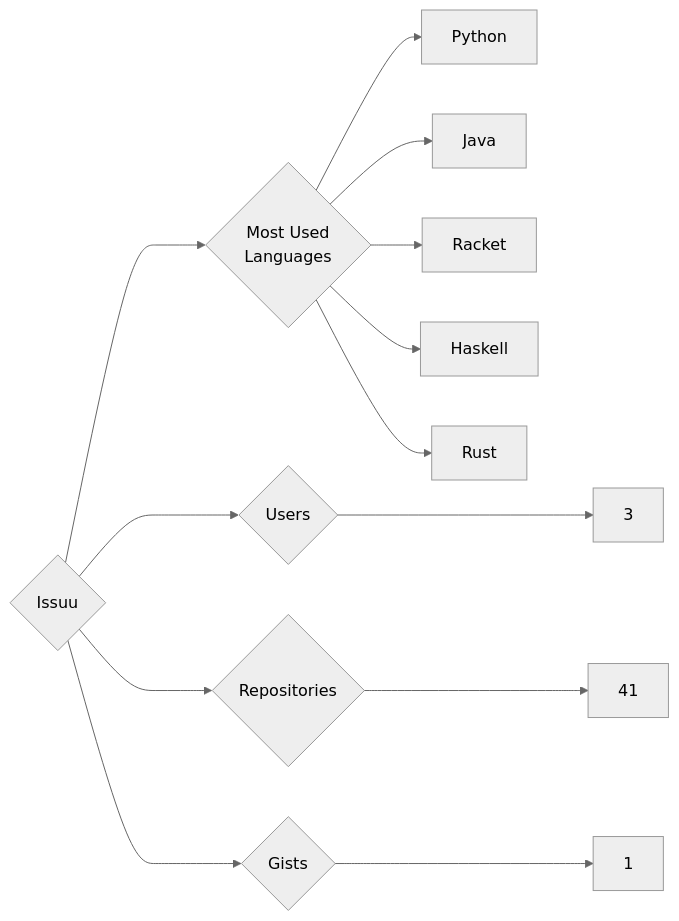
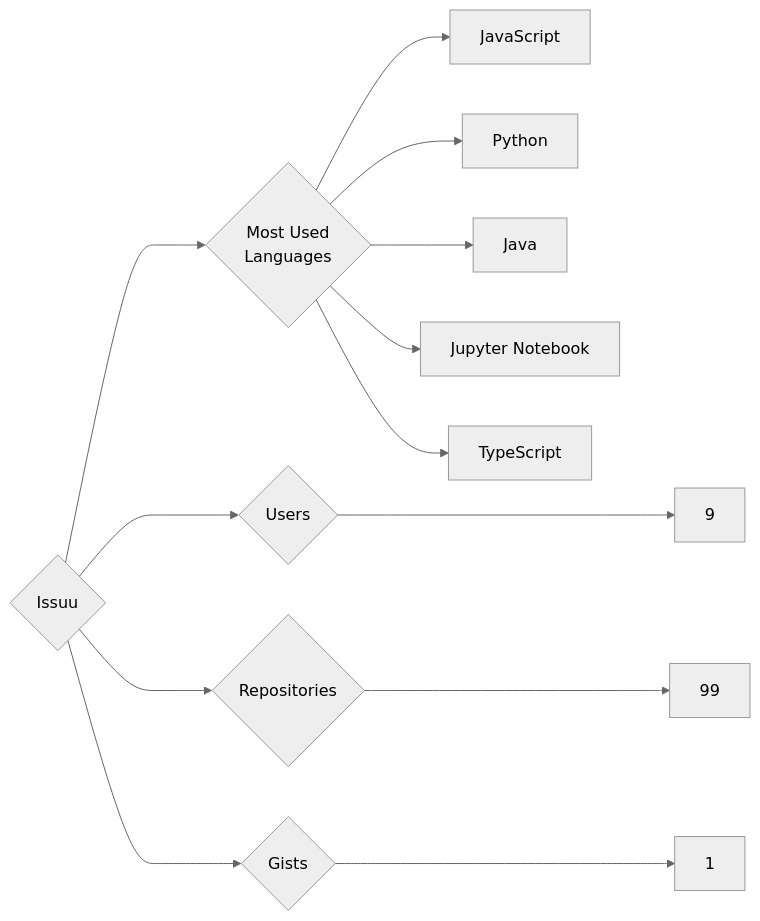
Before and after one commit to trickest/insiders: the diagram in targets/Issuu/README.md, drawn with Mermaid (neutral theme). The commit also changed 688 other files, not shown here.

````diff
--- a/targets/Issuu/README.md
+++ b/targets/Issuu/README.md
@@ -3,13 +3,13 @@
 ```mermaid
 graph LR
 COMPANY_NAME{Issuu}
-COMPANY_NAME ---> U{Users} ---> UN[3]
-COMPANY_NAME ---> R{Repositories} ---> RN[41]
+COMPANY_NAME ---> U{Users} ---> UN[9]
+COMPANY_NAME ---> R{Repositories} ---> RN[99]
 COMPANY_NAME ---> G{Gists} ---> GN[1]
 COMPANY_NAME ---> ML{Most Used<br>Languages}
+ML --> JavaScript[JavaScript]
 ML --> Python[Python]
 ML --> Java[Java]
-ML --> Racket[Racket]
-ML --> Haskell[Haskell]
-ML --> Rust[Rust]
+ML --> Jupyter_Notebook[Jupyter Notebook]
+ML --> TypeScript[TypeScript]
 ```
````
